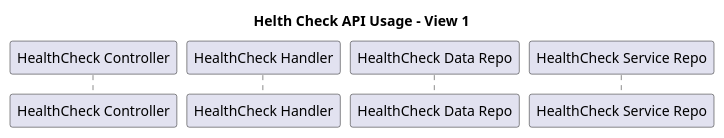
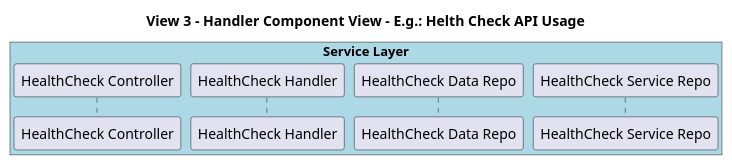
The diagram in diagrams/HealthCheck-View-03.puml (eLetterBank/springdemo), drawn with PlantUML before and after one commit. The commit also changed 2 other files, not shown here.

```diff
--- a/diagrams/HealthCheck-View-03.puml
+++ b/diagrams/HealthCheck-View-03.puml
@@ -1,23 +1,25 @@
 @startuml
-title Helth Check API Usage - View 1
+title View 3 - Handler Component View - E.g.: Helth Check API Usage
 
+box "Service Layer" #LightBlue
 participant "HealthCheck Controller" as hChekApiController
 
 participant "HealthCheck Handler" as hChekApiHndlr
 participant "HealthCheck Data Repo" as hChekApiDataRepo
 participant "HealthCheck Service Repo" as hChekApiSvcRepo
+end box
 
 skinparam sequence {
     ActorFontName Arial
     ActorFontSize 11
 
     ParticipantFontName Arial
     ParticipantFontSize 11
 
     ArrowFontName Arial
     ArrowFontSize 11
 }
 
 
 
 @enduml
```
